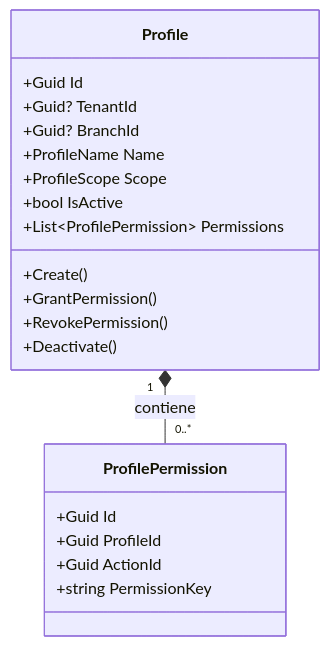
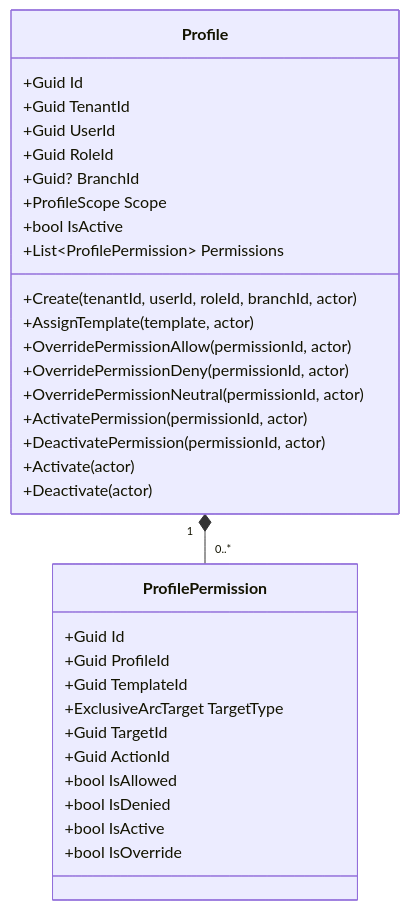
The first of 4 diagrams in docs/domain-es/authorization/profile.md (beyondnetcode/ums), drawn with Mermaid before and after one commit. The commit also changed other lines of this file and 19 other files, not shown here.

````diff
--- a/docs/domain-es/authorization/profile.md
+++ b/docs/domain-es/authorization/profile.md
@@ -98,24 +90,36 @@
 ```mermaid
 classDiagram
     direction TB
     class Profile {
         +Guid Id
-        +Guid? TenantId
+        +Guid TenantId
+        +Guid UserId
+        +Guid RoleId
         +Guid? BranchId
-        +ProfileName Name
         +ProfileScope Scope
         +bool IsActive
         +List~ProfilePermission~ Permissions
-        +Create()
-        +GrantPermission()
-        +RevokePermission()
-        +Deactivate()
+        +Create(tenantId, userId, roleId, branchId, actor)
+        +AssignTemplate(template, actor)
+        +OverridePermissionAllow(permissionId, actor)
+        +OverridePermissionDeny(permissionId, actor)
+        +OverridePermissionNeutral(permissionId, actor)
+        +ActivatePermission(permissionId, actor)
+        +DeactivatePermission(permissionId, actor)
+        +Activate(actor)
+        +Deactivate(actor)
     }
     class ProfilePermission {
         +Guid Id
         +Guid ProfileId
+        +Guid TemplateId
+        +ExclusiveArcTarget TargetType
+        +Guid TargetId
         +Guid ActionId
-        +string PermissionKey
+        +bool IsAllowed
+        +bool IsDenied
+        +bool IsActive
+        +bool IsOverride
     }
-    Profile "1" *-- "0..*" ProfilePermission : contiene
+    Profile "1" *-- "0..*" ProfilePermission
 ```
````
